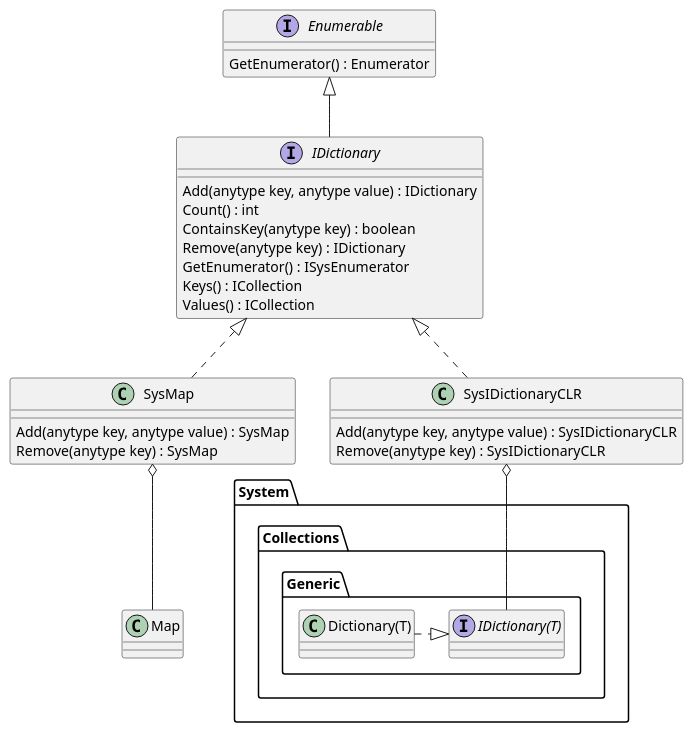
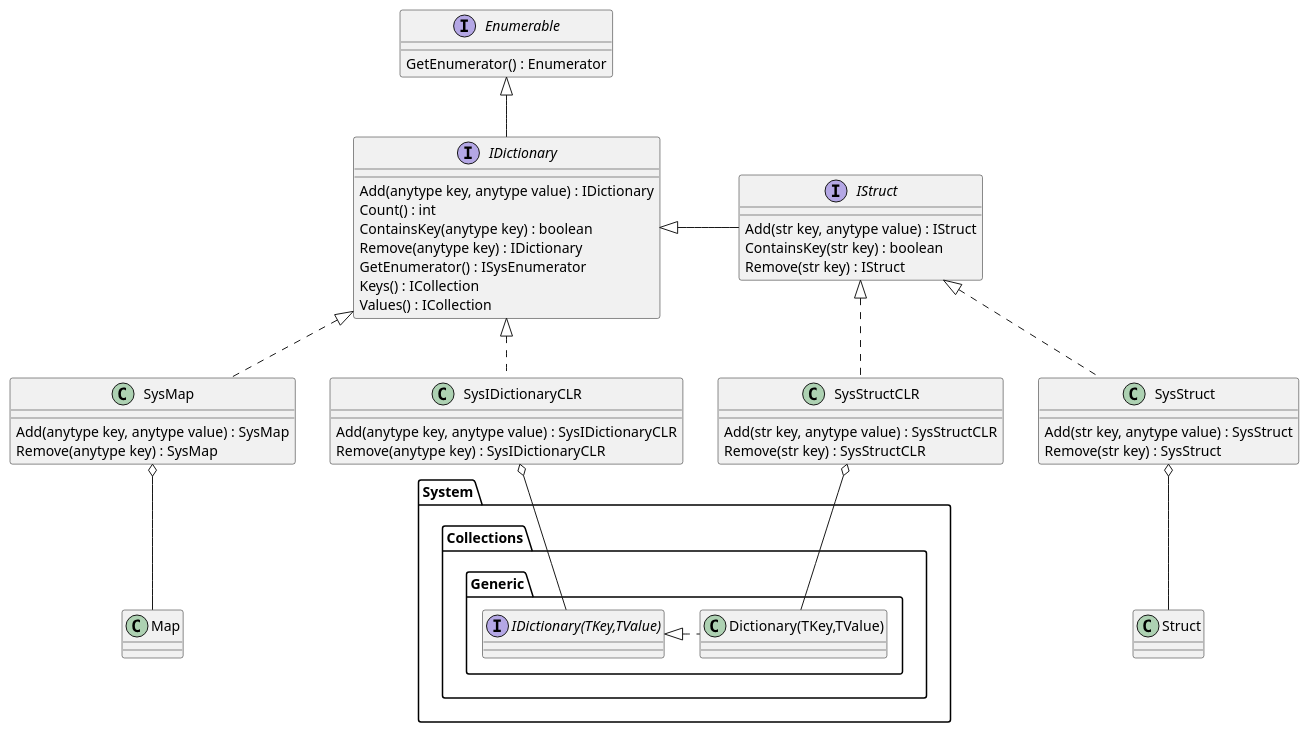
One commit to d-tolstov/Ax2009-IDictionary changed the diagram in schema.puml. Above: the diagram before and after it, drawn with PlantUML. The commit also changed 3 other files, not shown here.

```diff
--- a/schema.puml
+++ b/schema.puml
@@ -1,41 +1,65 @@
 @startuml "IDictionary"
 
 interface Enumerable{
     GetEnumerator() : Enumerator
 }
 
 interface IDictionary{
     Add(anytype key, anytype value) : IDictionary
     Count() : int
     ContainsKey(anytype key) : boolean
     Remove(anytype key) : IDictionary
     GetEnumerator() : ISysEnumerator
     Keys() : ICollection
     Values() : ICollection
 }
 Enumerable <|-- IDictionary
 
 class SysMap{
     Add(anytype key, anytype value) : SysMap
     Remove(anytype key) : SysMap
 }
 IDictionary <|.. SysMap
 
 class Map{
 }
 SysMap o-- Map
 
 class SysIDictionaryCLR{
     Add(anytype key, anytype value) : SysIDictionaryCLR
     Remove(anytype key) : SysIDictionaryCLR
 }
 IDictionary <|.. SysIDictionaryCLR
 
+interface IStruct{
+    Add(str key, anytype value) : IStruct
+    ContainsKey(str key) : boolean
+    Remove(str key) : IStruct
+}
+IDictionary <|- IStruct
+
+class SysStructCLR{
+    Add(str key, anytype value) : SysStructCLR
+    Remove(str key) : SysStructCLR
+}
+IStruct <|.. SysStructCLR
+
 package System.Collections.Generic{
-    interface IDictionary(T){
+    interface IDictionary(TKey,TValue){
     }
-    SysIDictionaryCLR o-- "IDictionary(T)"
-    "Dictionary(T)" .|> "IDictionary(T)"
+    SysIDictionaryCLR o-- "IDictionary(TKey,TValue)"
+    "IDictionary(TKey,TValue)" <|. "Dictionary(TKey,TValue)"
+    SysStructCLR o-- "Dictionary(TKey,TValue)"
 }
 
+class SysStruct{
+    Add(str key, anytype value) : SysStruct
+    Remove(str key) : SysStruct
+}
+IStruct <|.. SysStruct
+
+class Struct{
+}
+SysStruct o-- Struct
+
 @enduml
```
